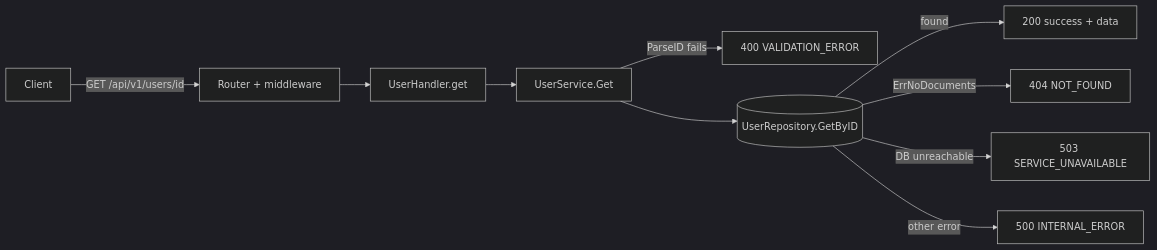
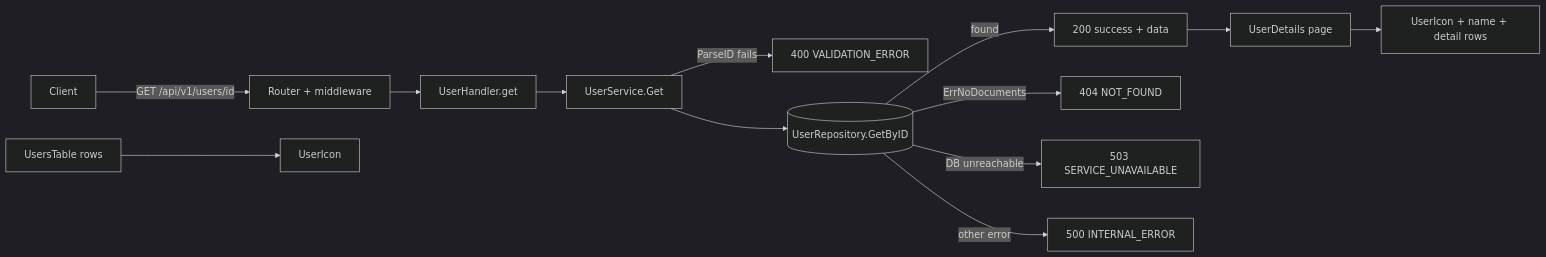
One commit to HeroicHorizon/DEMOAI changed the diagram in openspec/forgeflow/ff-3-feature-add-http-query-method-for-get-us/plan.md. Above: the diagram before and after it, drawn with Mermaid (dark theme). The commit also changed other lines of this file and 1 other file, not shown here.

````diff
--- a/openspec/forgeflow/ff-3-feature-add-http-query-method-for-get-us/plan.md
+++ b/openspec/forgeflow/ff-3-feature-add-http-query-method-for-get-us/plan.md
@@ -54,12 +47,15 @@
 ```mermaid
 flowchart LR
   C[Client] -->|GET /api/v1/users/id| R[Router + middleware]
   R --> H[UserHandler.get]
   H --> S[UserService.Get]
   S -->|ParseID fails| E400[400 VALIDATION_ERROR]
   S --> P[(UserRepository.GetByID)]
   P -->|found| OK[200 success + data]
   P -->|ErrNoDocuments| E404[404 NOT_FOUND]
   P -->|DB unreachable| E503[503 SERVICE_UNAVAILABLE]
   P -->|other error| E500[500 INTERNAL_ERROR]
+  OK --> UI[UserDetails page]
+  UI --> IC[UserIcon + name + detail rows]
+  L[UsersTable rows] --> IC2[UserIcon]
 ```
````
